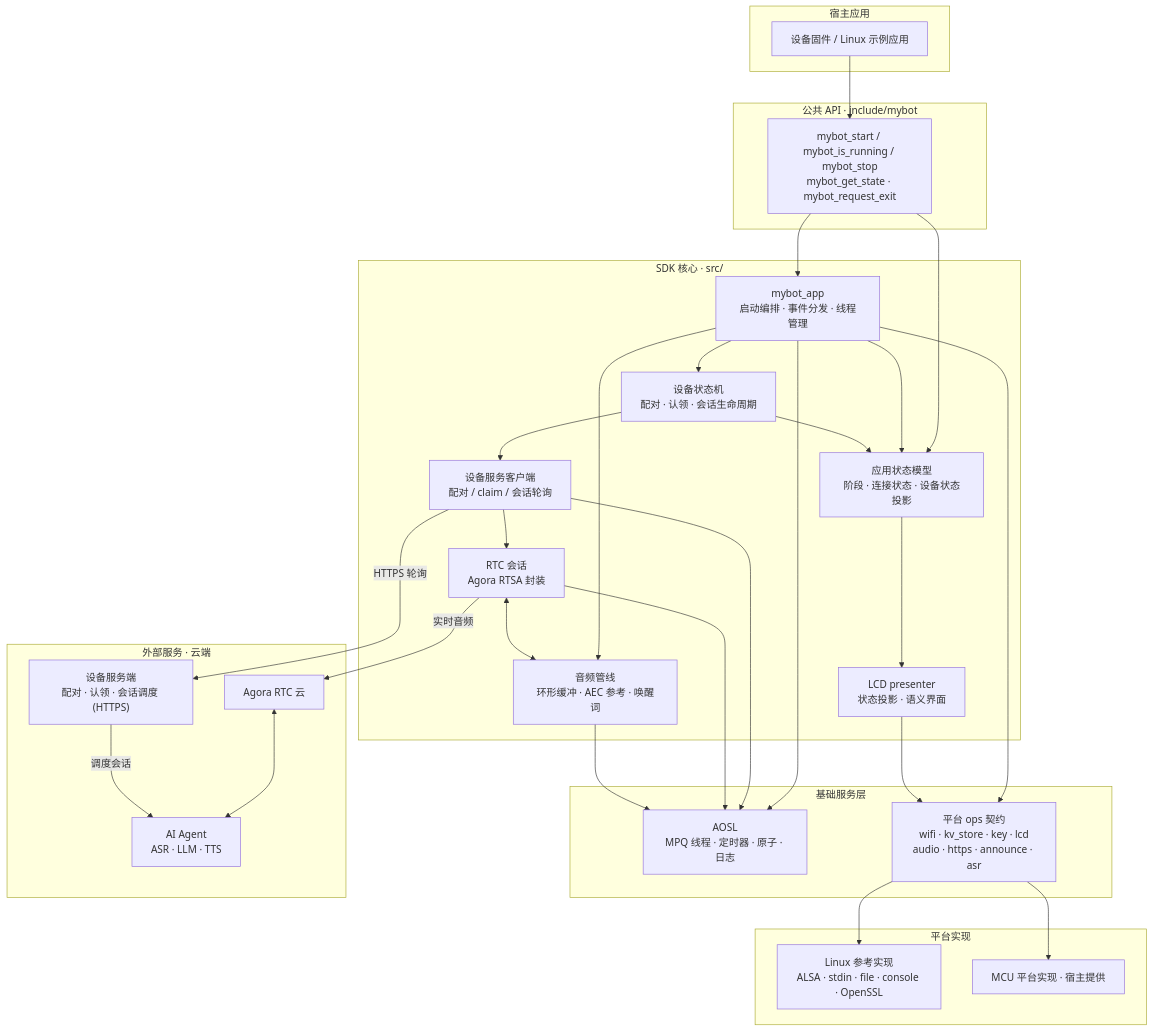
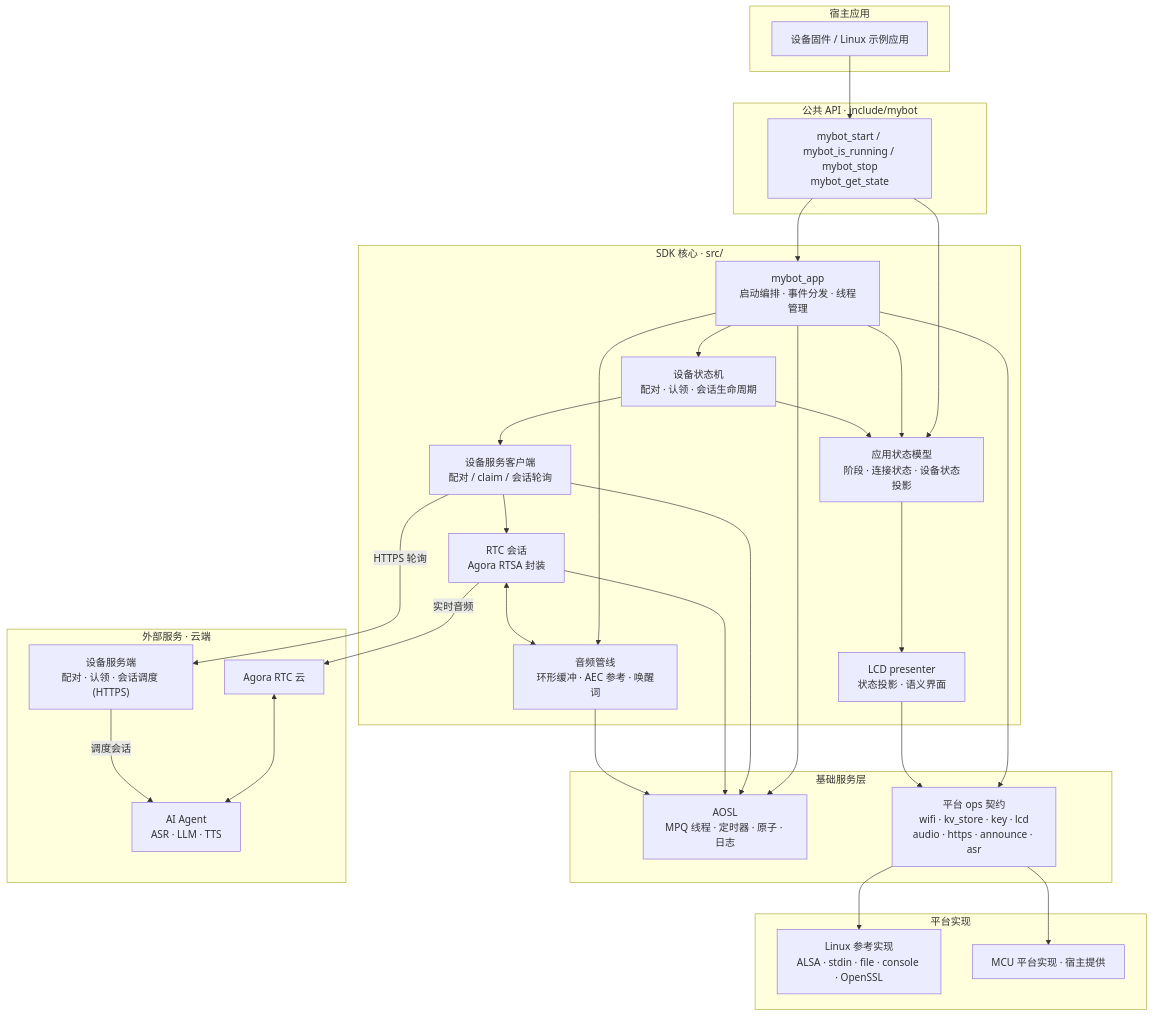
One commit to junlon2006/mybot changed the second of 4 diagrams in README.zh-CN.md. Above: the diagram before and after it, drawn with Mermaid. The commit also changed other lines of this file and 6 other files, not shown here.

First line of the commit message:
refactor(api)!: remove exit request API

````diff
--- a/README.zh-CN.md
+++ b/README.zh-CN.md
@@ -226,60 +226,60 @@
 ```mermaid
 flowchart TB
     subgraph host["宿主应用"]
         host_app["设备固件 / Linux 示例应用"]
     end
 
     subgraph api["公共 API · include/mybot"]
-        api_h["mybot_start / mybot_is_running / mybot_stop<br/>mybot_get_state · mybot_request_exit"]
+        api_h["mybot_start / mybot_is_running / mybot_stop<br/>mybot_get_state"]
     end
 
     subgraph core["SDK 核心 · src/"]
         app_c["mybot_app<br/>启动编排 · 事件分发 · 线程管理"]
         app_state["应用状态模型<br/>阶段 · 连接状态 · 设备状态投影"]
         presenter["LCD presenter<br/>状态投影 · 语义界面"]
         state_m["设备状态机<br/>配对 · 认领 · 会话生命周期"]
         svc_c["设备服务客户端<br/>配对 / claim / 会话轮询"]
         rtc_c["RTC 会话<br/>Agora RTSA 封装"]
         media_c["音频管线<br/>环形缓冲 · AEC 参考 · 唤醒词"]
     end
 
     subgraph infra["基础服务层"]
         aosl["AOSL<br/>MPQ 线程 · 定时器 · 原子 · 日志"]
         ops["平台 ops 契约<br/>wifi · kv_store · key · lcd<br/>audio · https · announce · asr"]
     end
 
     subgraph plat["平台实现"]
         linux_b["Linux 参考实现<br/>ALSA · stdin · file · console · OpenSSL"]
         mcu_b["MCU 平台实现 · 宿主提供"]
     end
 
     subgraph ext["外部服务 · 云端"]
         svc_e["设备服务端<br/>配对 · 认领 · 会话调度 (HTTPS)"]
         agora_e["Agora RTC 云"]
         agent_e["AI Agent<br/>ASR · LLM · TTS"]
     end
 
     host_app --> api_h
     api_h --> app_c
     api_h --> app_state
     app_c --> state_m
     app_c --> app_state
     state_m --> app_state
     app_state --> presenter
     app_c --> media_c
     state_m --> svc_c
     svc_c --> rtc_c
     rtc_c <--> media_c
     app_c --> aosl
     app_c --> ops
     presenter --> ops
     svc_c --> aosl
     rtc_c --> aosl
     media_c --> aosl
     ops --> linux_b
     ops --> mcu_b
     svc_c -->|HTTPS 轮询| svc_e
     rtc_c -->|实时音频| agora_e
     agora_e <--> agent_e
     svc_e -->|调度会话| agent_e
 ```
````
